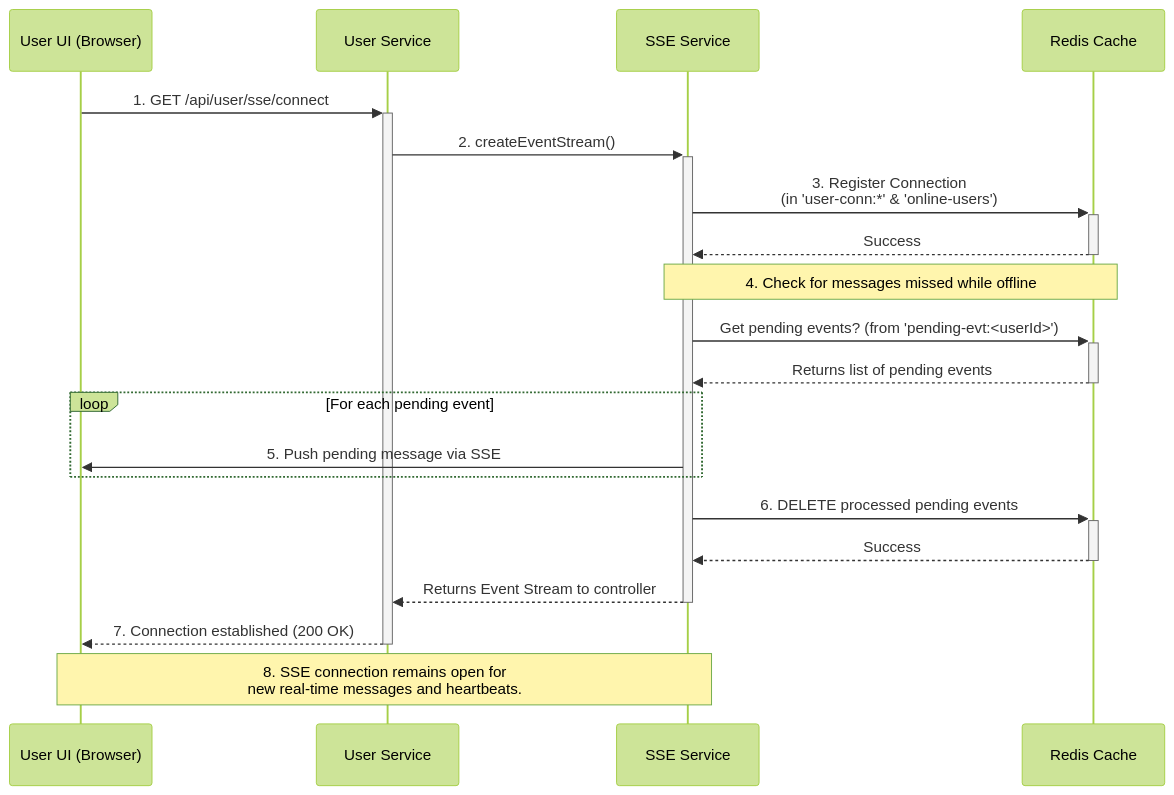
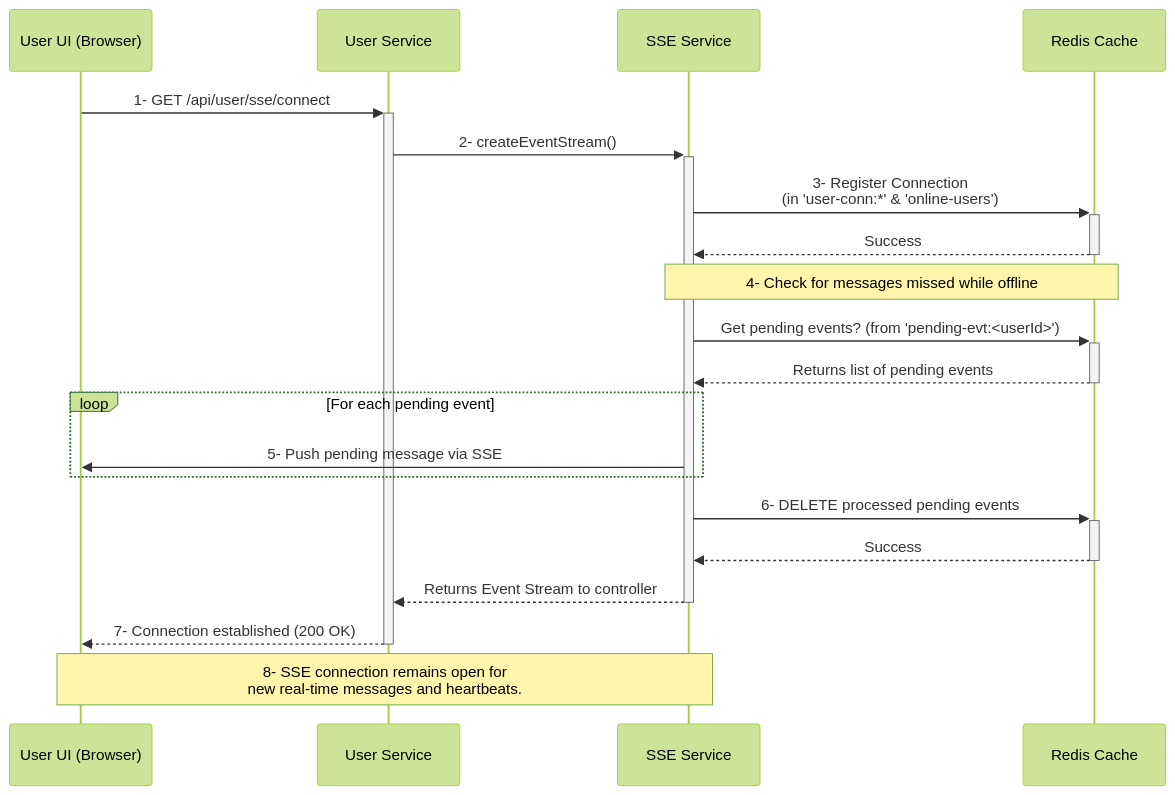
One commit to rsrini7/Notification-SSE-GLM-Flux changed the diagram in MermaidDiagrams/seq-sse-connection&pending.mmd. Above: the diagram before and after it, drawn with Mermaid (forest theme). The commit also changed 8 other files, not shown here.

Commit message:
updated mermaid diagram

```diff
--- a/MermaidDiagrams/seq-sse-connection&pending.mmd
+++ b/MermaidDiagrams/seq-sse-connection&pending.mmd
@@ -1,25 +1,25 @@
 sequenceDiagram
     participant UserUI as User UI (Browser)
     participant UserSvc as User Service
     participant SseSvc as SSE Service
     participant Redis as Redis Cache
     
-    UserUI->>+UserSvc: 1. GET /api/user/sse/connect
-    UserSvc->>+SseSvc: 2. createEventStream()
-    SseSvc->>+Redis: 3. Register Connection<br/>(in 'user-conn:*' & 'online-users')
+    UserUI->>+UserSvc: 1- GET /api/user/sse/connect
+    UserSvc->>+SseSvc: 2- createEventStream()
+    SseSvc->>+Redis: 3- Register Connection<br/>(in 'user-conn:*' & 'online-users')
     Redis-->>-SseSvc: Success
     
-    Note over SseSvc, Redis: 4. Check for messages missed while offline
+    Note over SseSvc, Redis: 4- Check for messages missed while offline
     SseSvc->>+Redis: Get pending events? (from 'pending-evt:<userId>')
     Redis-->>-SseSvc: Returns list of pending events
     
     loop For each pending event
-        SseSvc->>UserUI: 5. Push pending message via SSE
+        SseSvc->>UserUI: 5- Push pending message via SSE
     end
     
-    SseSvc->>+Redis: 6. DELETE processed pending events
+    SseSvc->>+Redis: 6- DELETE processed pending events
     Redis-->>-SseSvc: Success
     SseSvc-->>-UserSvc: Returns Event Stream to controller
-    UserSvc-->>-UserUI: 7. Connection established (200 OK)
+    UserSvc-->>-UserUI: 7- Connection established (200 OK)
     
-    Note over UserUI, SseSvc: 8. SSE connection remains open for<br/>new real-time messages and heartbeats.
+    Note over UserUI, SseSvc: 8- SSE connection remains open for<br/>new real-time messages and heartbeats.
```
